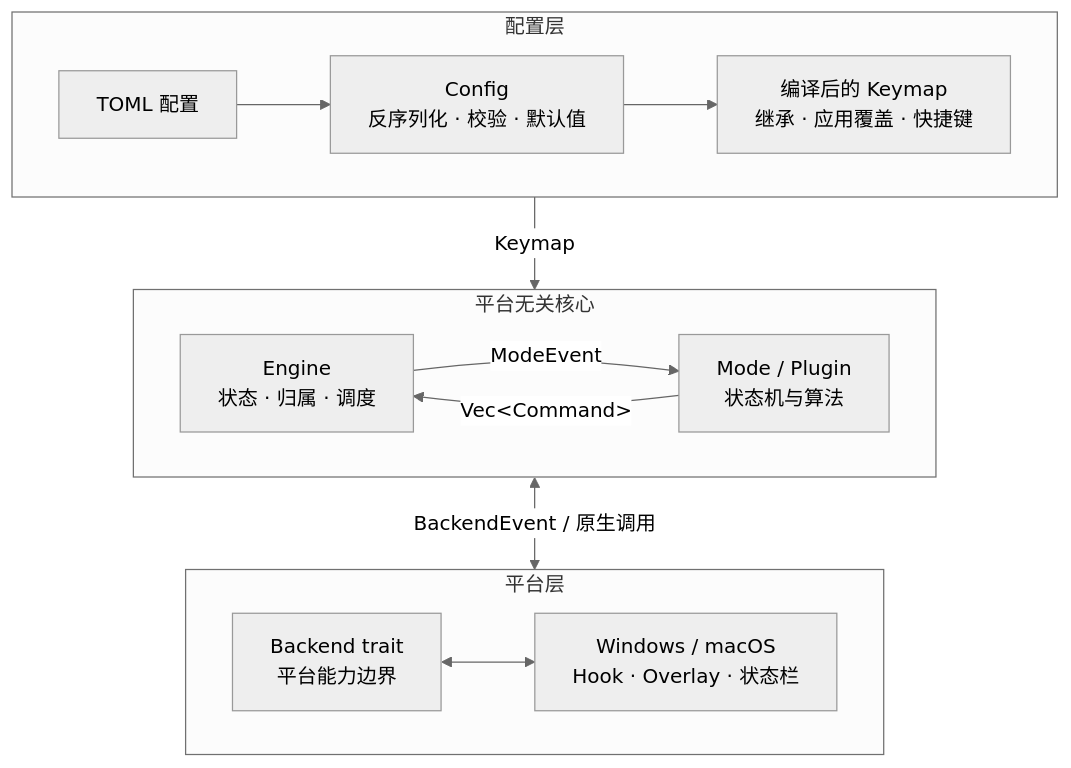
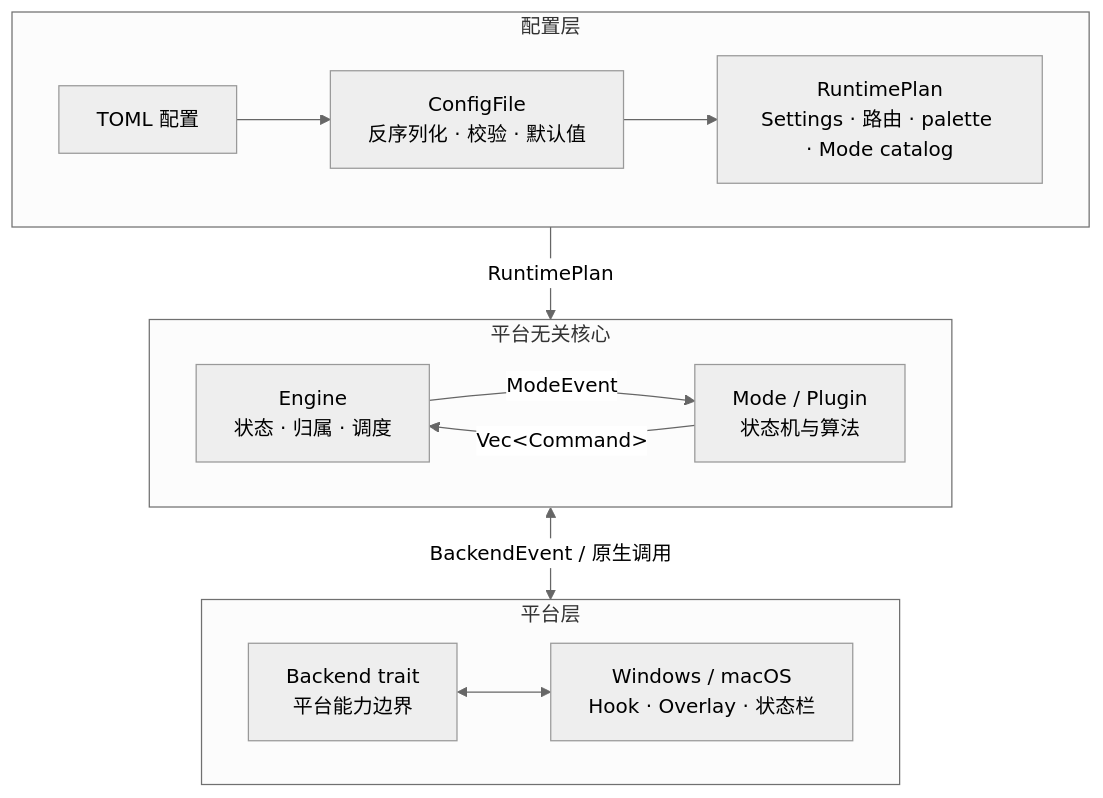
The first of 2 diagrams in docs/development/architecture.md (dccif/KeySteer), drawn with Mermaid (neutral theme) before and after one commit. The commit also changed other lines of this file and 13 other files, not shown here.

Commit message:
docs: record architecture rebuild boundaries

````diff
--- a/docs/development/architecture.md
+++ b/docs/development/architecture.md
@@ -9,28 +9,28 @@
 ```mermaid
 flowchart TB
     subgraph configuration["配置层"]
         direction LR
         toml["TOML 配置"]
-        config["Config<br/>反序列化 · 校验 · 默认值"]
-        keymap["编译后的 Keymap<br/>继承 · 应用覆盖 · 快捷键"]
-        toml --> config --> keymap
+        config["ConfigFile<br/>反序列化 · 校验 · 默认值"]
+        plan["RuntimePlan<br/>Settings · 路由 · palette · Mode catalog"]
+        toml --> config --> plan
     end
 
     subgraph core["平台无关核心"]
         direction LR
         engine["Engine<br/>状态 · 归属 · 调度"]
         mode["Mode / Plugin<br/>状态机与算法"]
         engine -->|"ModeEvent"| mode
         mode -->|"Vec&lt;Command&gt;"| engine
     end
 
     subgraph native["平台层"]
         direction LR
         backend["Backend trait<br/>平台能力边界"]
         os["Windows / macOS<br/>Hook · Overlay · 状态栏"]
         backend <--> os
     end
 
-    configuration -->|"Keymap"| core
+    configuration -->|"RuntimePlan"| core
     core <-->|"BackendEvent / 原生调用"| native
 ```
````
